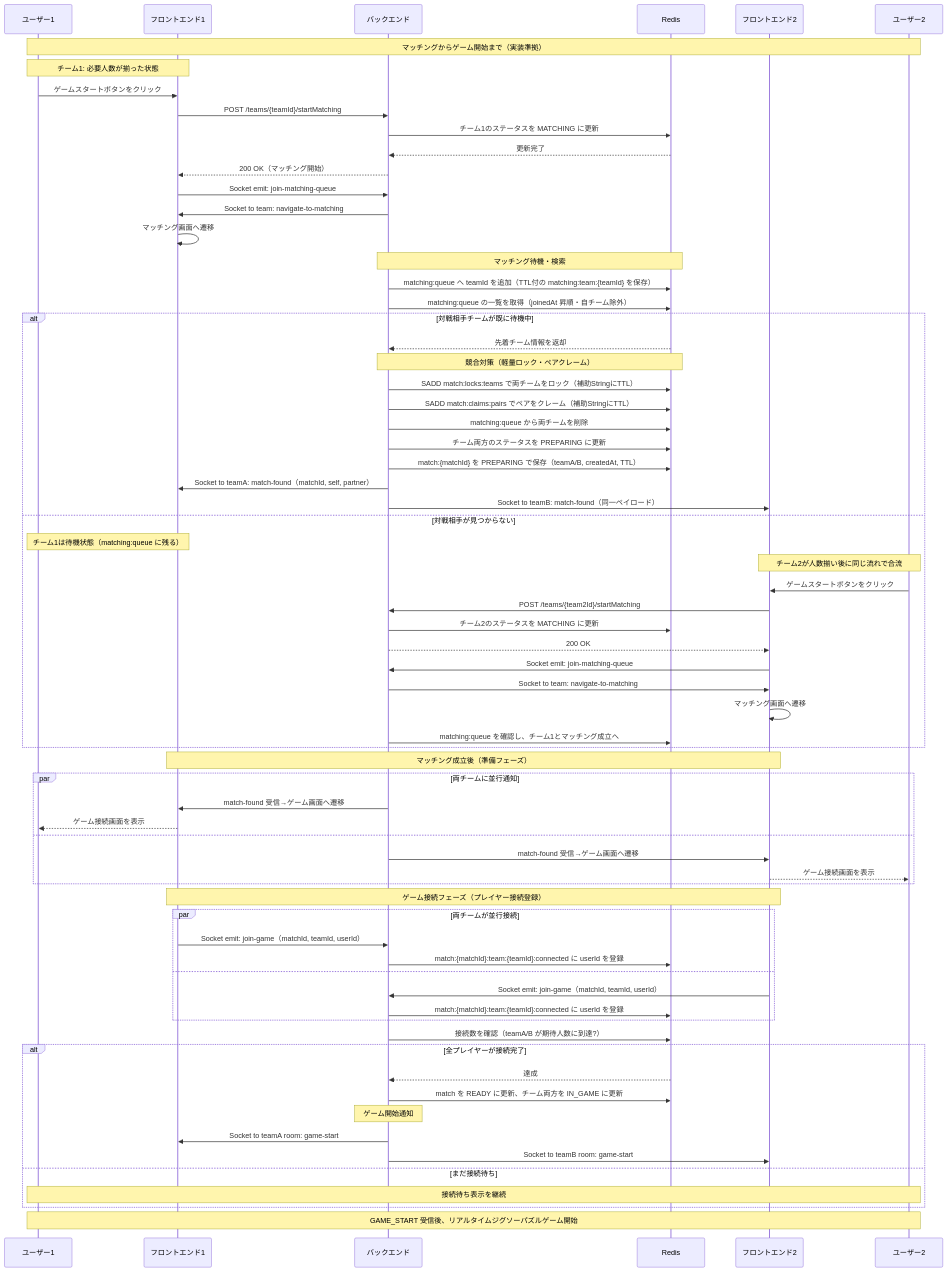
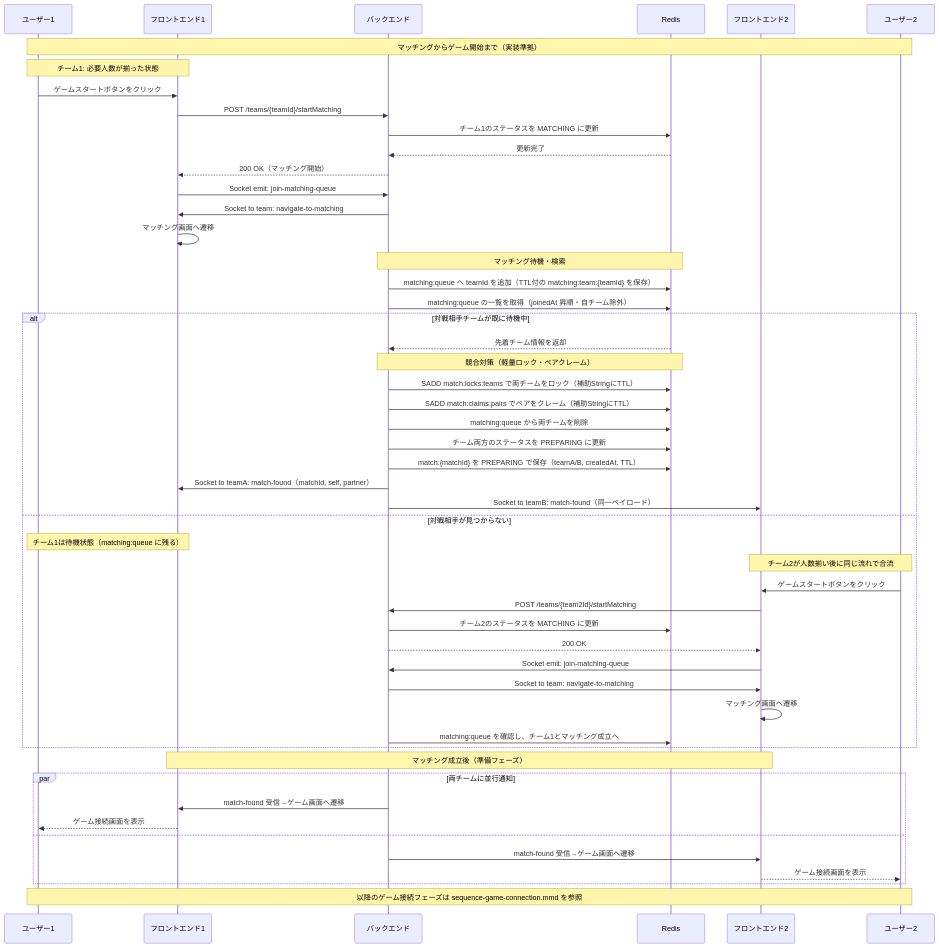
One commit to kotek-7/minpuzz changed the diagram in docs/sequence-matching-to-game.mmd. Above: the diagram before and after it, drawn with Mermaid. The commit also changed 1 other file, not shown here.

Commit message:
シーケンス図を分割

```diff
--- a/docs/sequence-matching-to-game.mmd
+++ b/docs/sequence-matching-to-game.mmd
@@ -1,79 +1,59 @@
 %%{init: {'theme':'default', 'themeVariables': {'primaryColor': '#4f46e5', 'primaryTextColor': '#fff', 'primaryBorderColor': '#3730a3', 'lineColor': '#374151', 'secondaryColor': '#e5e7eb', 'tertiaryColor': '#f3f4f6'}}}%%
 
 sequenceDiagram
     participant U1 as ユーザー1
     participant F1 as フロントエンド1
     participant B as バックエンド
     participant R as Redis
     participant F2 as フロントエンド2
     participant U2 as ユーザー2
 
     Note over U1,U2: マッチングからゲーム開始まで（実装準拠）
 
     Note over U1,F1: チーム1: 必要人数が揃った状態
     U1->>F1: ゲームスタートボタンをクリック
     F1->>B: POST /teams/{teamId}/startMatching
     B->>R: チーム1のステータスを MATCHING に更新
     R-->>B: 更新完了
     B-->>F1: 200 OK（マッチング開始）
     F1->>B: Socket emit: join-matching-queue
     B->>F1: Socket to team: navigate-to-matching
     F1->>F1: マッチング画面へ遷移
 
     Note over B,R: マッチング待機・検索
     B->>R: matching:queue へ teamId を追加（TTL付の matching:team:{teamId} を保存）
     B->>R: matching:queue の一覧を取得（joinedAt 昇順・自チーム除外）
 
     alt 対戦相手チームが既に待機中
         R-->>B: 先着チーム情報を返却
         Note over B,R: 競合対策（軽量ロック・ペアクレーム）
         B->>R: SADD match:locks:teams で両チームをロック（補助StringにTTL）
         B->>R: SADD match:claims:pairs でペアをクレーム（補助StringにTTL）
         B->>R: matching:queue から両チームを削除
         B->>R: チーム両方のステータスを PREPARING に更新
         B->>R: match:{matchId} を PREPARING で保存（teamA/B, createdAt, TTL）
         B->>F1: Socket to teamA: match-found（matchId, self, partner）
         B->>F2: Socket to teamB: match-found（同一ペイロード）
     else 対戦相手が見つからない
         Note over U1,F1: チーム1は待機状態（matching:queue に残る）
         Note over U2,F2: チーム2が人数揃い後に同じ流れで合流
         U2->>F2: ゲームスタートボタンをクリック
         F2->>B: POST /teams/{team2Id}/startMatching
         B->>R: チーム2のステータスを MATCHING に更新
         B-->>F2: 200 OK
         F2->>B: Socket emit: join-matching-queue
         B->>F2: Socket to team: navigate-to-matching
         F2->>F2: マッチング画面へ遷移
         B->>R: matching:queue を確認し、チーム1とマッチング成立へ
     end
 
     Note over F1,F2: マッチング成立後（準備フェーズ）
     par 両チームに並行通知
         B->>F1: match-found 受信→ゲーム画面へ遷移
         F1-->>U1: ゲーム接続画面を表示
     and
         B->>F2: match-found 受信→ゲーム画面へ遷移
         F2-->>U2: ゲーム接続画面を表示
     end
 
-    Note over F1,F2: ゲーム接続フェーズ（プレイヤー接続登録）
-    par 両チームが並行接続
-        F1->>B: Socket emit: join-game（matchId, teamId, userId）
-        B->>R: match:{matchId}:team:{teamId}:connected に userId を登録
-    and
-        F2->>B: Socket emit: join-game（matchId, teamId, userId）
-        B->>R: match:{matchId}:team:{teamId}:connected に userId を登録
-    end
-
-    B->>R: 接続数を確認（teamA/B が期待人数に到達?）
-    alt 全プレイヤーが接続完了
-        R-->>B: 達成
-        B->>R: match を READY に更新、チーム両方を IN_GAME に更新
-        Note over B: ゲーム開始通知
-        B->>F1: Socket to teamA room: game-start
-        B->>F2: Socket to teamB room: game-start
-    else まだ接続待ち
-        Note over U1,U2: 接続待ち表示を継続
-    end
-
-    Note over U1,U2: GAME_START 受信後、リアルタイムジグソーパズルゲーム開始
+    Note over U1,U2: 以降のゲーム接続フェーズは sequence-game-connection.mmd を参照
```
